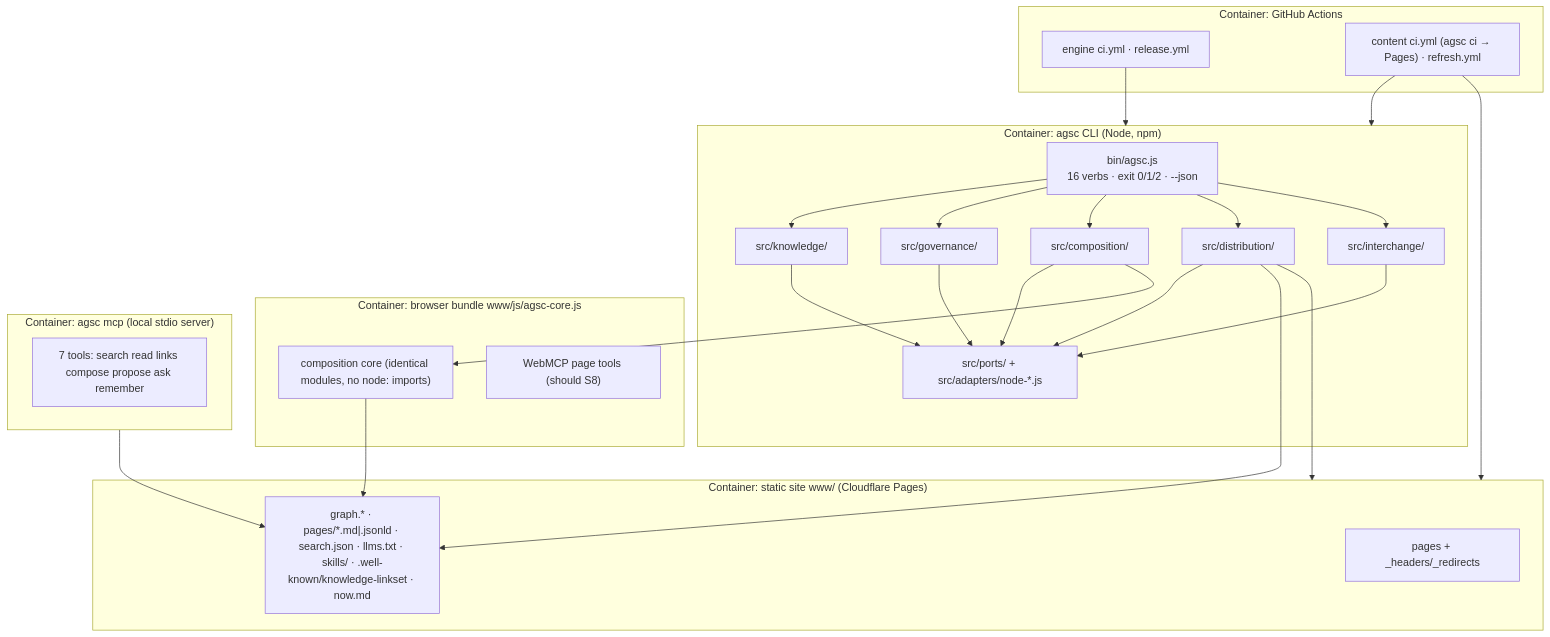
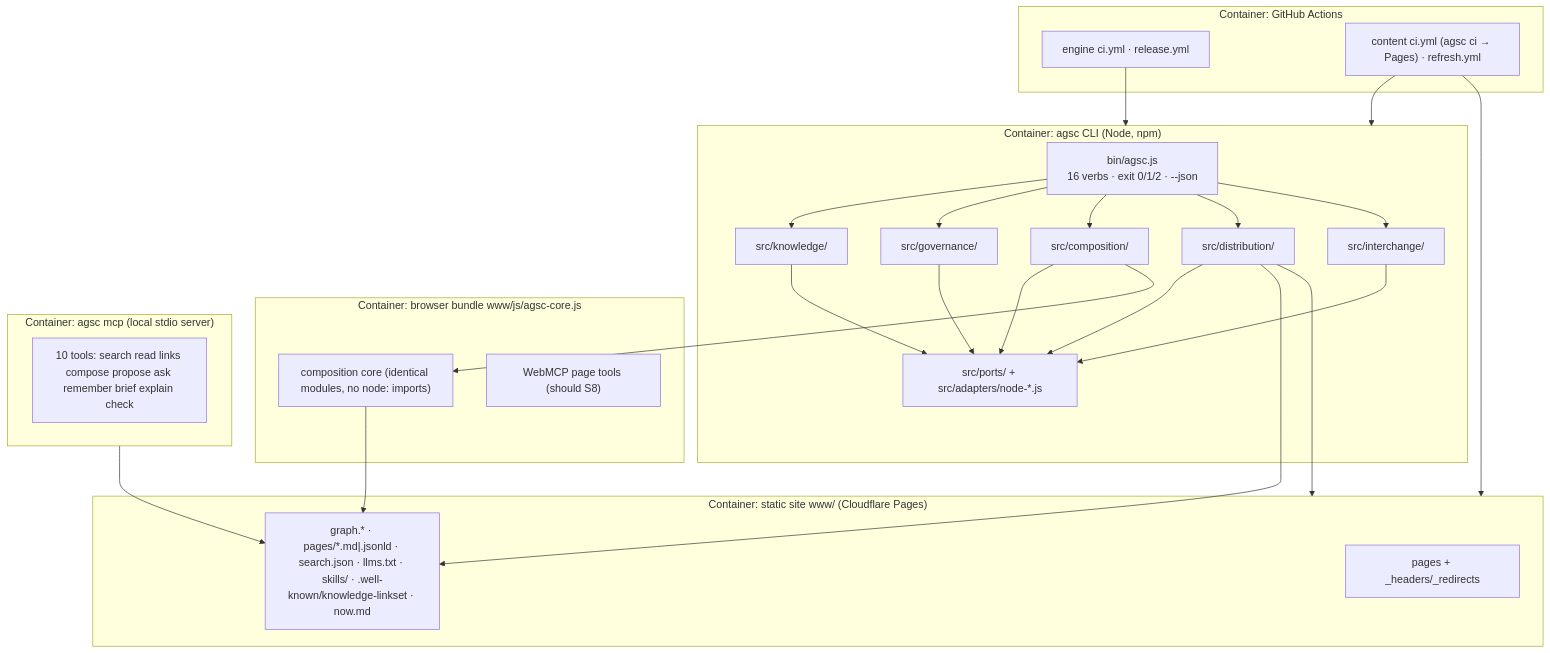
Before and after one commit to andreibesleaga/agentic-system-core: the second of 2 diagrams in docs/PLAN.md, drawn with Mermaid. The commit also changed other lines of this file and 76 other files, not shown here.

````diff
--- a/docs/PLAN.md
+++ b/docs/PLAN.md
@@ -123,37 +123,37 @@
 ```mermaid
 graph TB
   subgraph CLI["Container: agsc CLI (Node, npm)"]
     BIN["bin/agsc.js<br/>16 verbs · exit 0/1/2 · --json"]
     K["src/knowledge/"]
     G["src/governance/"]
     C["src/composition/"]
     D["src/distribution/"]
     I["src/interchange/"]
     P["src/ports/ + src/adapters/node-*.js"]
   end
   subgraph BR["Container: browser bundle www/js/agsc-core.js"]
     CB["composition core (identical modules, no node: imports)"]
     WM["WebMCP page tools (should S8)"]
   end
   subgraph MCP["Container: agsc mcp (local stdio server)"]
-    T["7 tools: search read links compose propose ask remember"]
+    T["10 tools: search read links compose propose ask remember brief explain check"]
   end
   subgraph CI["Container: GitHub Actions"]
     CIY["engine ci.yml · release.yml"]
     CTY["content ci.yml (agsc ci → Pages) · refresh.yml"]
   end
   subgraph ST["Container: static site www/ (Cloudflare Pages)"]
     HTML["pages + _headers/_redirects"]
     MACH["graph.* · pages/*.md|.jsonld · search.json · llms.txt · skills/ · .well-known/knowledge-linkset · now.md"]
   end
   BIN --> K & G & C & D & I
   K & G & C & D & I --> P
   D --> ST
   C --> CB
   D --> MACH
   MCP --> MACH
   CB --> MACH
   CIY --> CLI
   CTY --> CLI
   CTY --> ST
 ```
````
